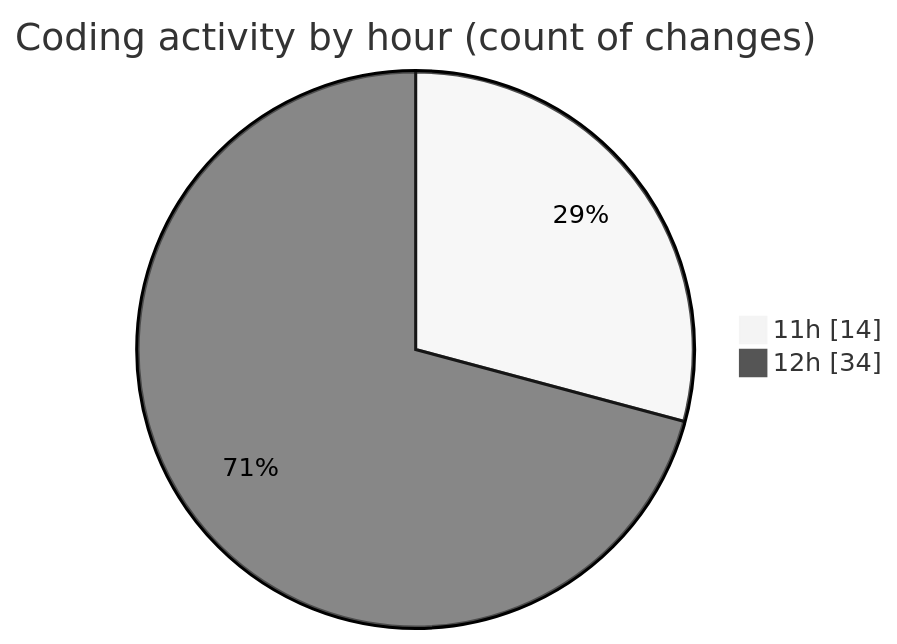
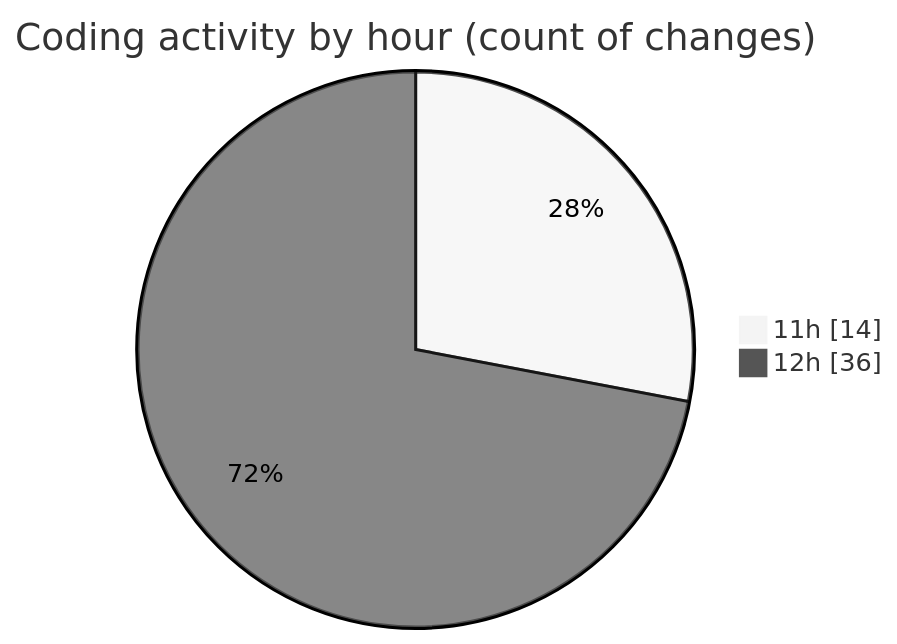
One commit to nxtqubesakshisongat/code-tracking changed the second of 2 diagrams in 2025-08-28/nxtqube_webapp/README.md. Above: the diagram before and after it, drawn with Mermaid (neutral theme). The commit also changed other lines of this file and 1 other file, not shown here.

````diff
--- a/2025-08-28/nxtqube_webapp/README.md
+++ b/2025-08-28/nxtqube_webapp/README.md
@@ -34,6 +34,6 @@
 ```mermaid
 pie showData
 title Coding activity by hour (count of changes)
 "11h" : 14
-"12h" : 34
+"12h" : 36
 ```
````
